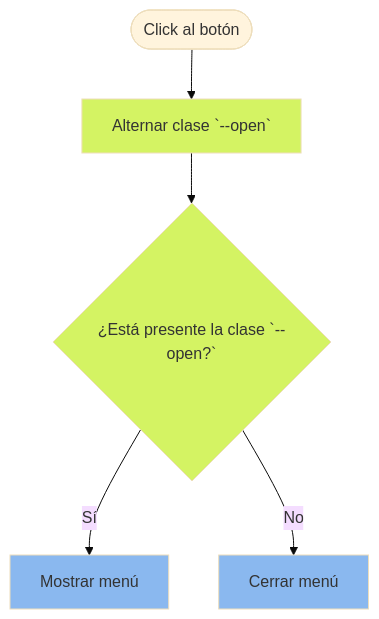
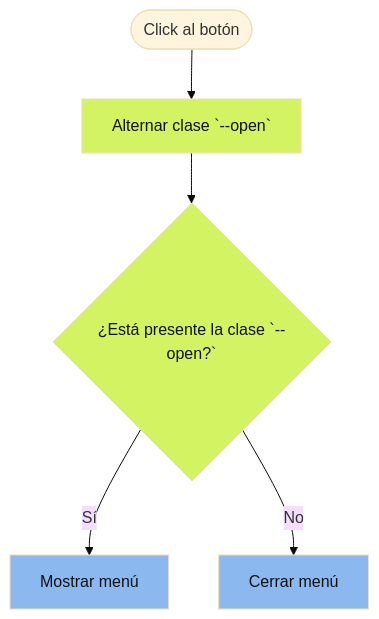
One commit to MiroDev20/grid-landing-page changed the diagram in journal.md. Above: the diagram before and after it, drawn with Mermaid (base theme). The commit also changed other lines of this file and 6 other files, not shown here.

````diff
--- a/journal.md
+++ b/journal.md
@@ -251,12 +251,12 @@
 ```mermaid
 flowchart TD
     A([Click al botón]) --> E[Alternar clase `--open`]
     E --> B{¿Está presente la clase `--open?`}
     B -- Sí --> C[Mostrar menú]
     B -- No --> D[Cerrar menú]
-classDef css fill: #8ab8ef
-classDef js fill: #d4f363
+classDef css fill: #8ab8ef, color: #111111
+classDef js fill: #d4f363, color: #111111
 class C css
 class D css
 class E,B js
 ```
````
